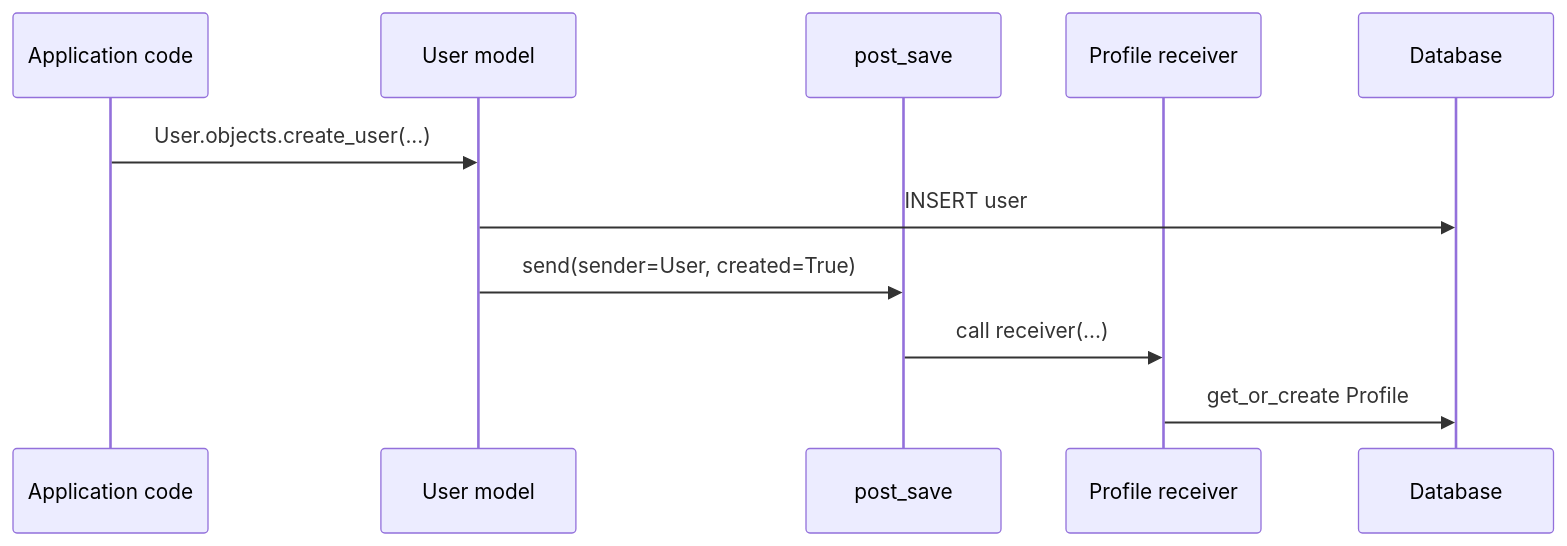
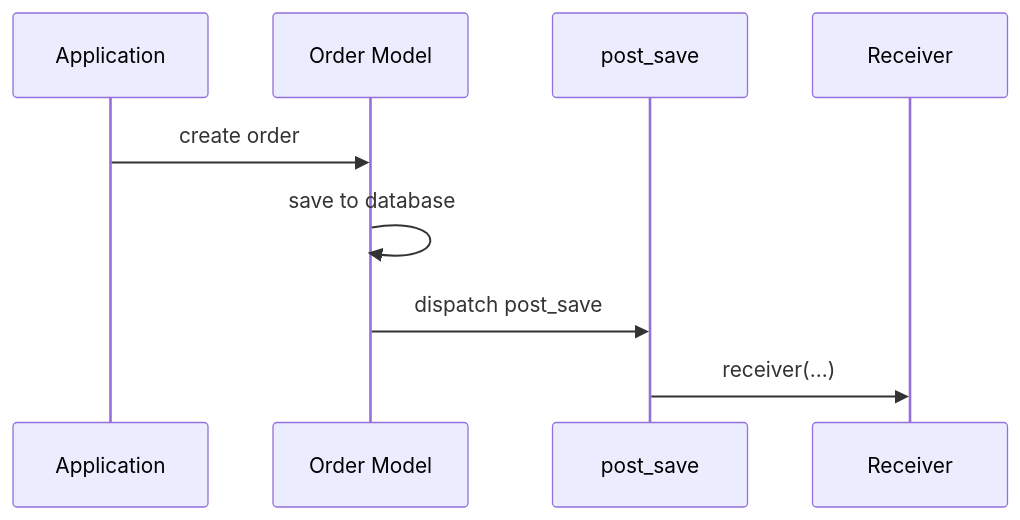
The second of 7 diagrams in src/content/django/signals.md (AvadhBhalodiya/Interview-Preparation), drawn with Mermaid before and after one commit. The commit also changed other lines of this file and 80 other files, not shown here.

````diff
--- a/src/content/django/signals.md
+++ b/src/content/django/signals.md
@@ -282,14 +81,12 @@
 ```mermaid
 sequenceDiagram
-    participant Code as Application code
-    participant User as User model
+    participant App as Application
+    participant Model as Order Model
     participant Signal as post_save
-    participant Receiver as Profile receiver
-    participant DB as Database
+    participant Receiver as Receiver
 
-    Code->>User: User.objects.create_user(...)
-    User->>DB: INSERT user
-    User->>Signal: send(sender=User, created=True)
-    Signal->>Receiver: call receiver(...)
-    Receiver->>DB: get_or_create Profile
+    App->>Model: create order
+    Model->>Model: save to database
+    Model->>Signal: dispatch post_save
+    Signal->>Receiver: receiver(...)
 ```
````
